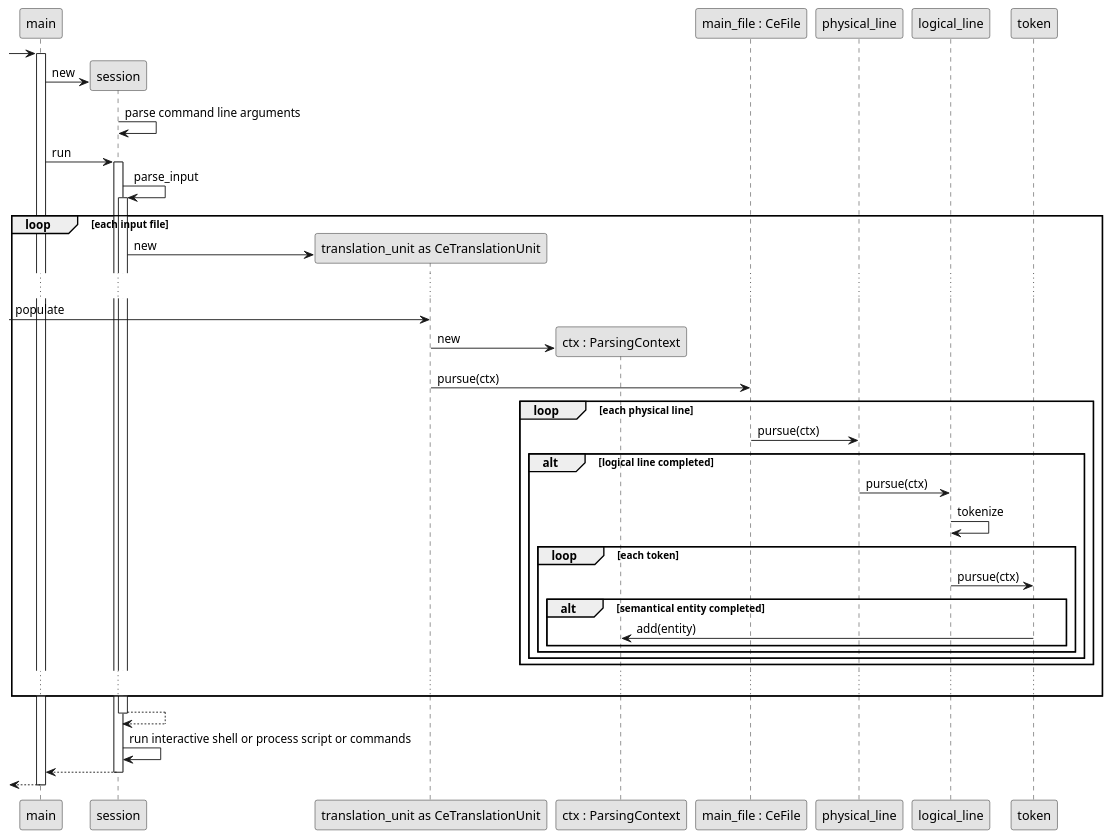
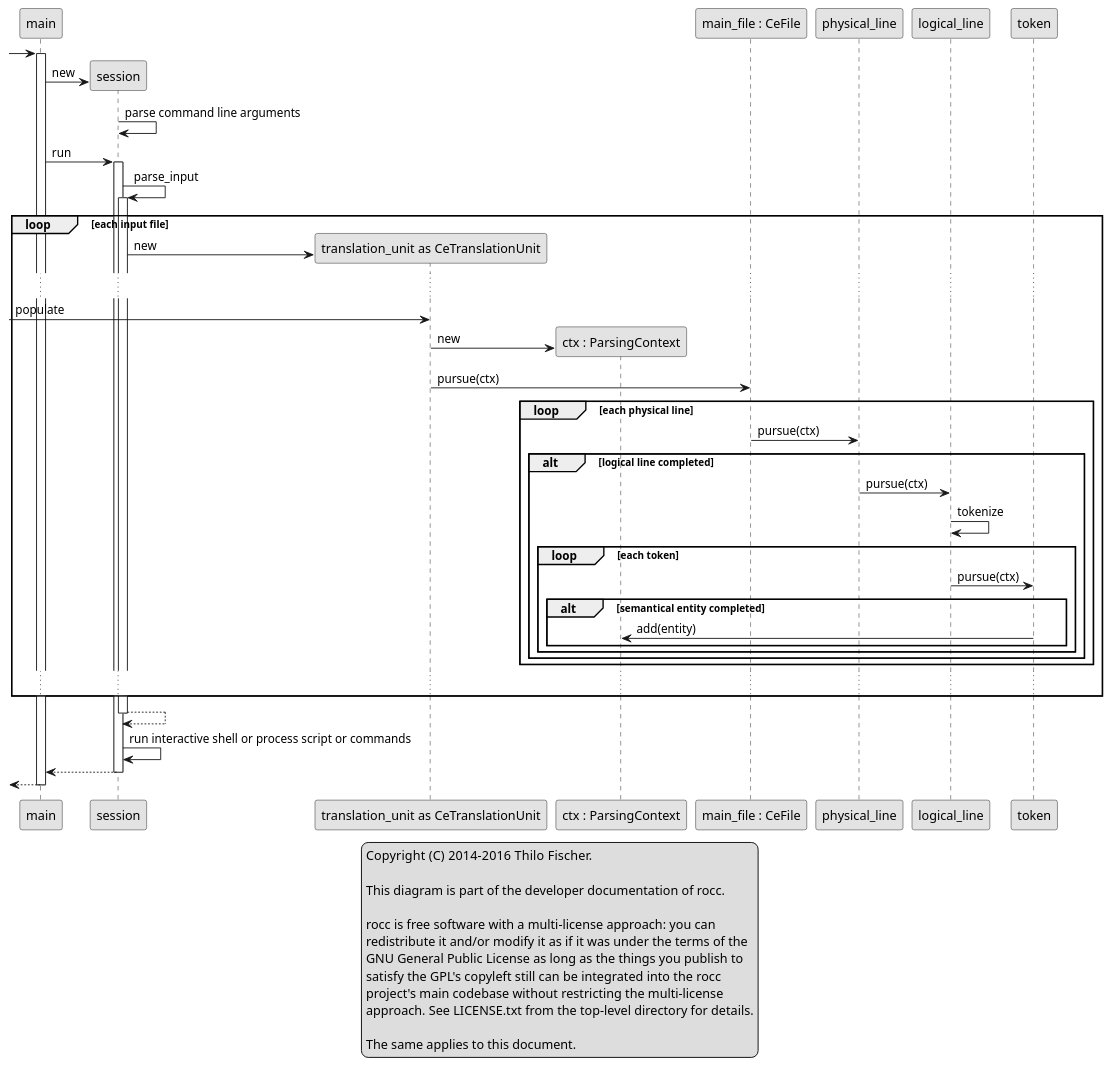
The diagram in design/delegation_sequence.puml (thilo-fischer/rocc), drawn with PlantUML before and after one commit. The commit also changed 59 other files, not shown here.

```diff
--- a/design/delegation_sequence.puml
+++ b/design/delegation_sequence.puml
@@ -1,75 +1,94 @@
 @startuml
+
+'participant main
+
+legend center
+'note left of main
+  Copyright (C) 2014-2016  Thilo Fischer.
+  
+  This diagram is part of the developer documentation of rocc.
+ 
+  rocc is free software with a multi-license approach: you can
+  redistribute it and/or modify it as if it was under the terms of the
+  GNU General Public License as long as the things you publish to
+  satisfy the GPL's copyleft still can be integrated into the rocc
+  project's main codebase without restricting the multi-license
+  approach. See LICENSE.txt from the top-level directory for details.
+ 
+  The same applies to this document.
+endlegend
+'end note
 
 skinparam monochrome true
 
 [-> main
 activate main
 
 create session
 main -> session: new
 session -> session: parse command line arguments
 main -> session: run
 activate session
 session -> session: parse_input
 activate session
 
 loop each input file
 
 participant "translation_unit as CeTranslationUnit" as translation_unit
 create translation_unit
 session -> translation_unit: new
 
 ...
 
 [-> translation_unit: populate
 
 participant "ctx : ParsingContext" as ParsingContext
 
 create ParsingContext
 translation_unit -> ParsingContext : new
 
 participant "main_file : CeFile" as main_file
 translation_unit -> main_file : pursue(ctx)
 
 loop each physical line
 
 main_file -> physical_line : pursue(ctx)
 
 alt logical line completed
 
 physical_line -> logical_line : pursue(ctx)
 
 logical_line -> logical_line : tokenize
 
 loop each token
 
 logical_line -> token : pursue(ctx)
 
 alt semantical entity completed
 
 token -> ParsingContext : add(entity)
 
 end 'alt semantical entity completed
 
 end 'loop each token
 
 end 'alt logical line completed
 
 end 'loop each physical line
 
 ...
 
 end 'loop each input file
 
 session --> session
 deactivate session
 
 session -> session: run interactive shell or process script or commands
 
 session --> main
 deactivate session
 
 [<-- main 
 deactivate main
 
 @enduml
```
